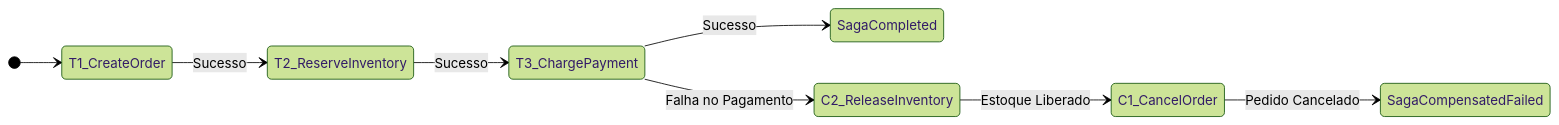
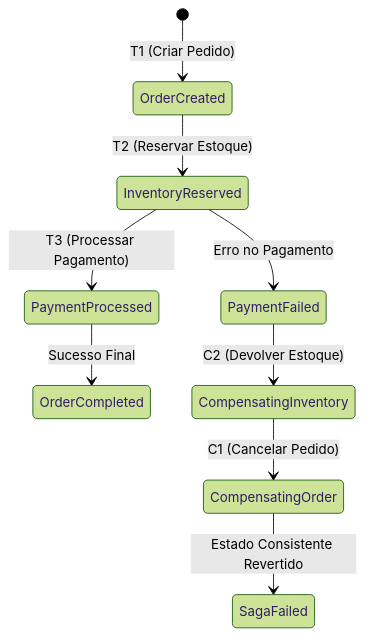
The diagram in docs/reference/06-distributed-transactions-and-sagas.md (andermoreira/arch-lab), drawn with Mermaid (forest theme) before and after one commit. The commit also changed other lines of this file and 17 other files, not shown here.

````diff
--- a/docs/reference/06-distributed-transactions-and-sagas.md
+++ b/docs/reference/06-distributed-transactions-and-sagas.md
@@ -21,12 +21,12 @@
 ```mermaid
 stateDiagram-v2
-    direction LR
-    [*] --> T1_CreateOrder
-    T1_CreateOrder --> T2_ReserveInventory: Sucesso
-    T2_ReserveInventory --> T3_ChargePayment: Sucesso
-    T3_ChargePayment --> SagaCompleted: Sucesso
-    
-    T3_ChargePayment --> C2_ReleaseInventory: Falha no Pagamento
-    C2_ReleaseInventory --> C1_CancelOrder: Estoque Liberado
-    C1_CancelOrder --> SagaCompensatedFailed: Pedido Cancelado
+    [*] --> OrderCreated: T1 (Criar Pedido)
+    OrderCreated --> InventoryReserved: T2 (Reservar Estoque)
+    InventoryReserved --> PaymentProcessed: T3 (Processar Pagamento)
+    PaymentProcessed --> OrderCompleted: Sucesso Final
+
+    InventoryReserved --> PaymentFailed: Erro no Pagamento
+    PaymentFailed --> CompensatingInventory: C2 (Devolver Estoque)
+    CompensatingInventory --> CompensatingOrder: C1 (Cancelar Pedido)
+    CompensatingOrder --> SagaFailed: Estado Consistente Revertido
 ```
````
